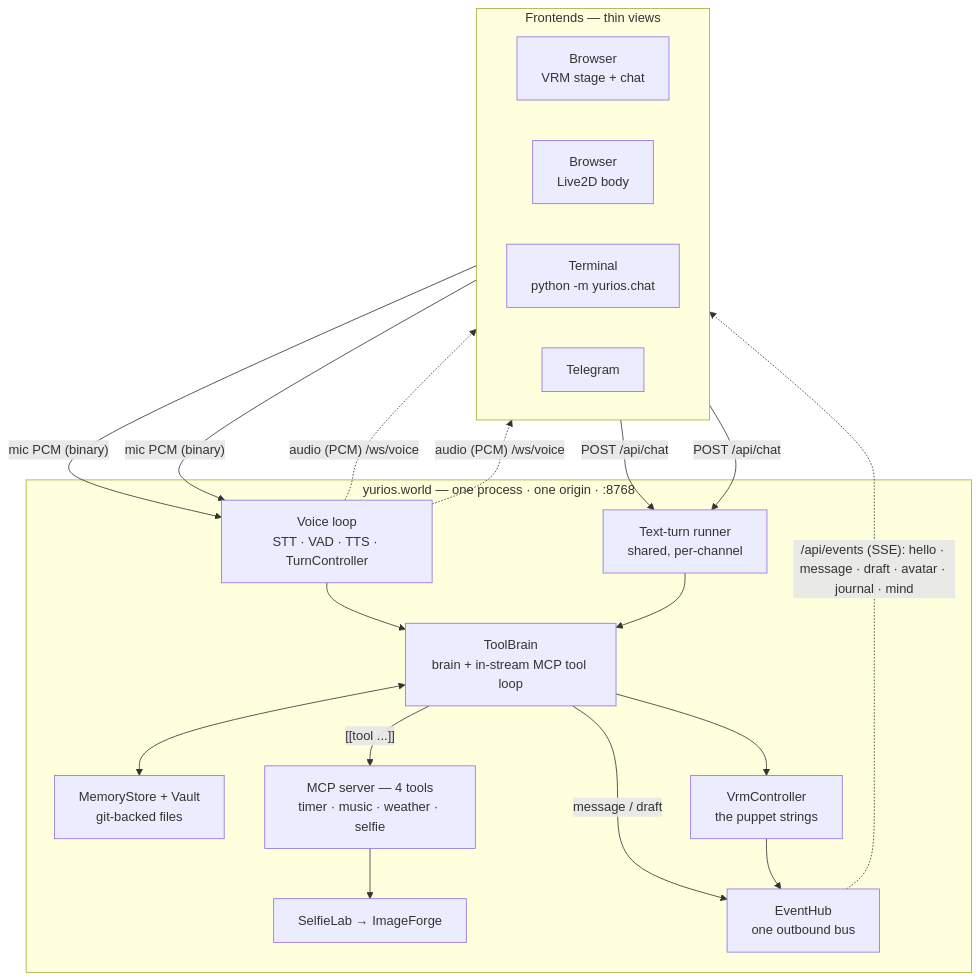
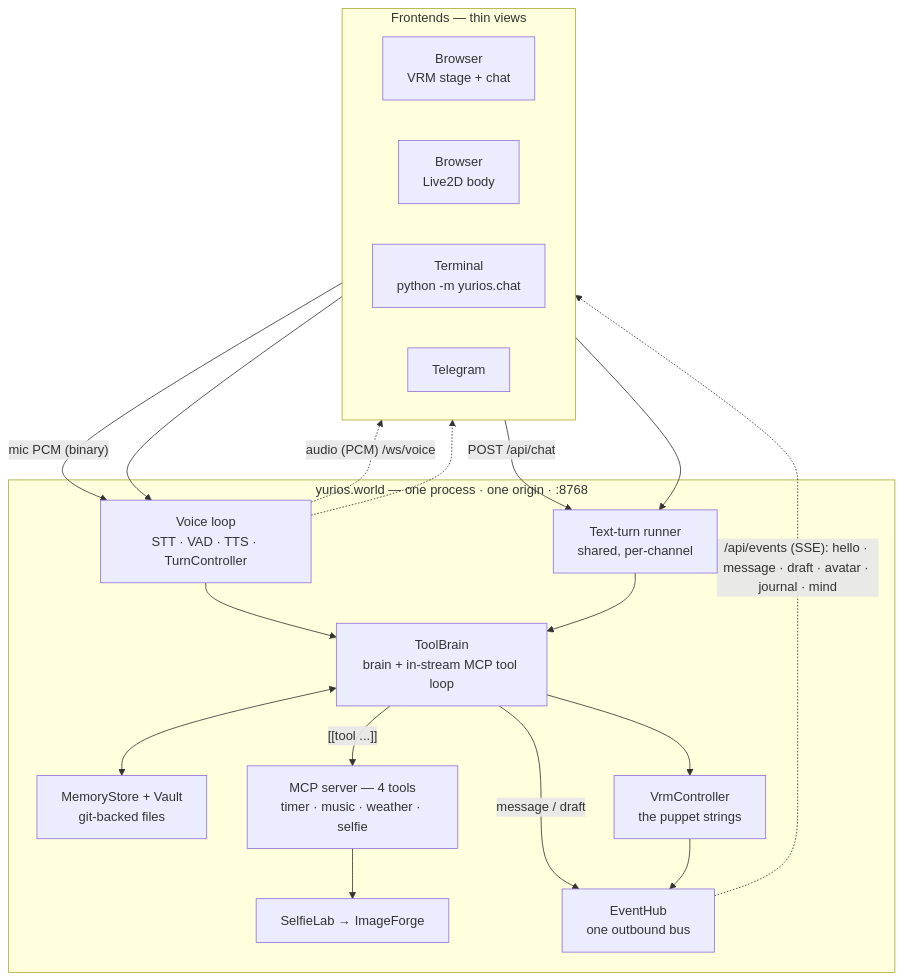
Before and after one commit to yuri-os/YuriOS: the first of 4 diagrams in docs/whitepaper.md, drawn with Mermaid.

Commit message:
whitepaper: de-duplicate edge labels in the §4 diagram
The `W & L -- "..." --> VOICE` shorthand expands to one labeled arrow per
source, printing "mic PCM (binary)", "POST /api/chat", and "audio (PCM)
/ws/voice" twice. Label a single edge of each pair and leave its twin
bare so the label appears once.

````diff
--- a/docs/whitepaper.md
+++ b/docs/whitepaper.md
@@ -211,35 +211,38 @@
 ```mermaid
 flowchart TB
   subgraph FE["Frontends — thin views"]
     direction LR
     W["Browser<br/>VRM stage + chat"]
     L["Browser<br/>Live2D body"]
     C["Terminal<br/>python -m yurios.chat"]
     TG["Telegram"]
   end
 
   subgraph HOST["yurios.world — one process · one origin · :8768"]
     VOICE["Voice loop<br/>STT · VAD · TTS · TurnController"]
     TURNS["Text-turn runner<br/>shared, per-channel"]
     BRAIN["ToolBrain<br/>brain + in-stream MCP tool loop"]
     MEM["MemoryStore + Vault<br/>git-backed files"]
     MCP["MCP server — 4 tools<br/>timer · music · weather · selfie"]
     FORGE["SelfieLab → ImageForge"]
     VRM["VrmController<br/>the puppet strings"]
     HUB["EventHub<br/>one outbound bus"]
   end
 
-  W & L -- "mic PCM (binary)" --> VOICE
-  C & TG -- "POST /api/chat" --> TURNS
+  W -- "mic PCM (binary)" --> VOICE
+  L --> VOICE
+  C -- "POST /api/chat" --> TURNS
+  TG --> TURNS
   VOICE --> BRAIN
   TURNS --> BRAIN
   BRAIN <--> MEM
   BRAIN -- "[[tool ...]]" --> MCP
   MCP --> FORGE
   BRAIN --> VRM
   BRAIN -- "message / draft" --> HUB
   VRM --> HUB
 
   HUB -. "/api/events (SSE): hello · message · draft · avatar · journal · mind" .-> FE
-  VOICE -. "audio (PCM) /ws/voice" .-> W & L
+  VOICE -. "audio (PCM) /ws/voice" .-> W
+  VOICE -.-> L
 ```
````
